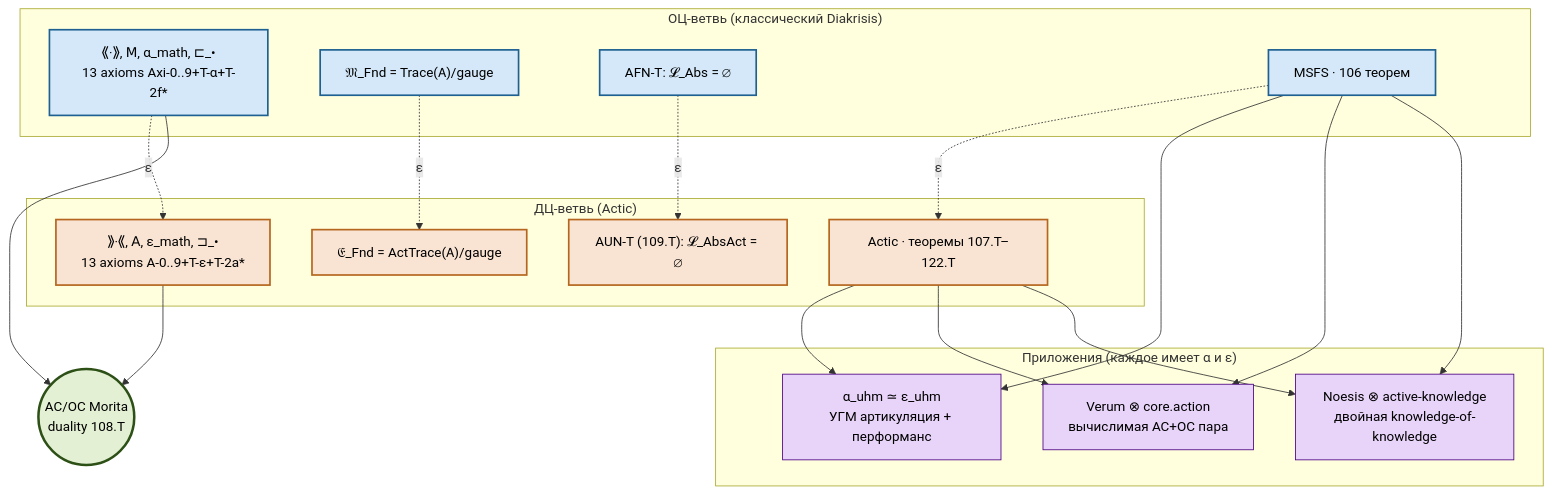
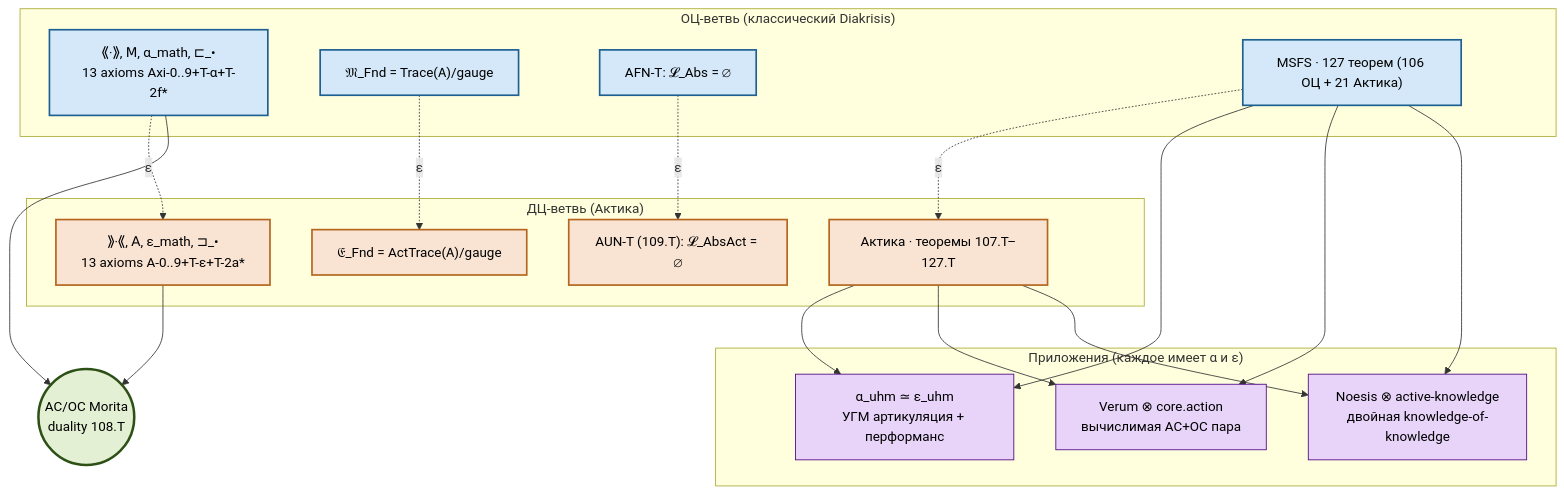
One commit to gst-st/diakrisis changed the diagram in docs/12-actic/00-foundations.md. Above: the diagram before and after it, drawn with Mermaid. The commit also changed other lines of this file and 45 other files, not shown here.

````diff
--- a/docs/12-actic/00-foundations.md
+++ b/docs/12-actic/00-foundations.md
@@ -365,44 +371,44 @@
 ```mermaid
 flowchart TB
     classDef oc fill:#d4e8f9,stroke:#1e6091,stroke-width:2px,color:#000
     classDef ac fill:#f9e4d4,stroke:#b5651d,stroke-width:2px,color:#000
     classDef dual fill:#e4f0d4,stroke:#2d5016,stroke-width:3px,color:#000
     classDef appl fill:#e8d4f9,stroke:#4b0082,color:#000
 
     subgraph OC["ОЦ-ветвь (классический Diakrisis)"]
         OCP["⟪·⟫, 𝖬, α_math, ⊏_•<br/>13 axioms Axi-0..9+T-α+T-2f*"]:::oc
         OCM["𝔐_Fnd = Trace(𝖠)/gauge"]:::oc
         AFNT["AFN-T: 𝓛_Abs = ∅"]:::oc
-        MSFS["MSFS · 106 теорем"]:::oc
+        MSFS["MSFS · 127 теорем (106 ОЦ + 21 Актика)"]:::oc
     end
 
-    subgraph AC["ДЦ-ветвь (Actic)"]
+    subgraph AC["ДЦ-ветвь (Актика)"]
         ACP["⟫·⟪, 𝖠, ε_math, ⊐_•<br/>13 axioms A-0..9+T-ε+T-2a*"]:::ac
         ACM["𝔈_Fnd = ActTrace(𝖠)/gauge"]:::ac
         AUNT["AUN-T (109.T): 𝓛_AbsAct = ∅"]:::ac
-        ACTIC["Actic · теоремы 107.T–122.T"]:::ac
+        ACTIC["Актика · теоремы 107.T–127.T"]:::ac
     end
 
     DUAL(("AC/OC Morita<br/>duality 108.T")):::dual
 
     OCP -.->|ε| ACP
     OCM -.->|ε| ACM
     AFNT -.->|ε| AUNT
     MSFS -.->|ε| ACTIC
 
     OCP --> DUAL
     ACP --> DUAL
 
     subgraph APP["Приложения (каждое имеет α и ε)"]
         UHM["α_uhm ≃ ε_uhm<br/>УГМ артикуляция + перформанс"]:::appl
         VERUM["Verum ⊗ core.action<br/>вычислимая AC+OC пара"]:::appl
         NOESIS["Noesis ⊗ active-knowledge<br/>двойная knowledge-of-knowledge"]:::appl
     end
 
     MSFS --> UHM
     ACTIC --> UHM
     MSFS --> VERUM
     ACTIC --> VERUM
     MSFS --> NOESIS
     ACTIC --> NOESIS
 ```
````
